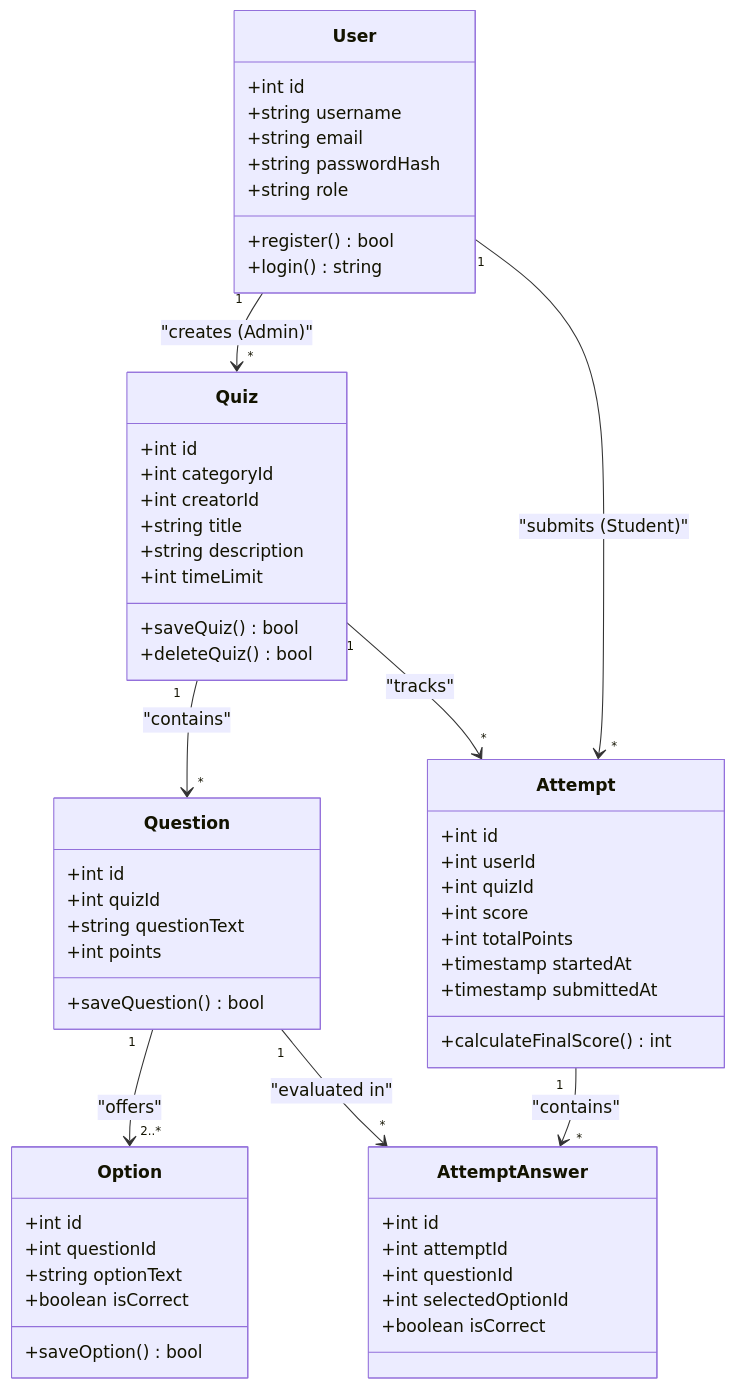
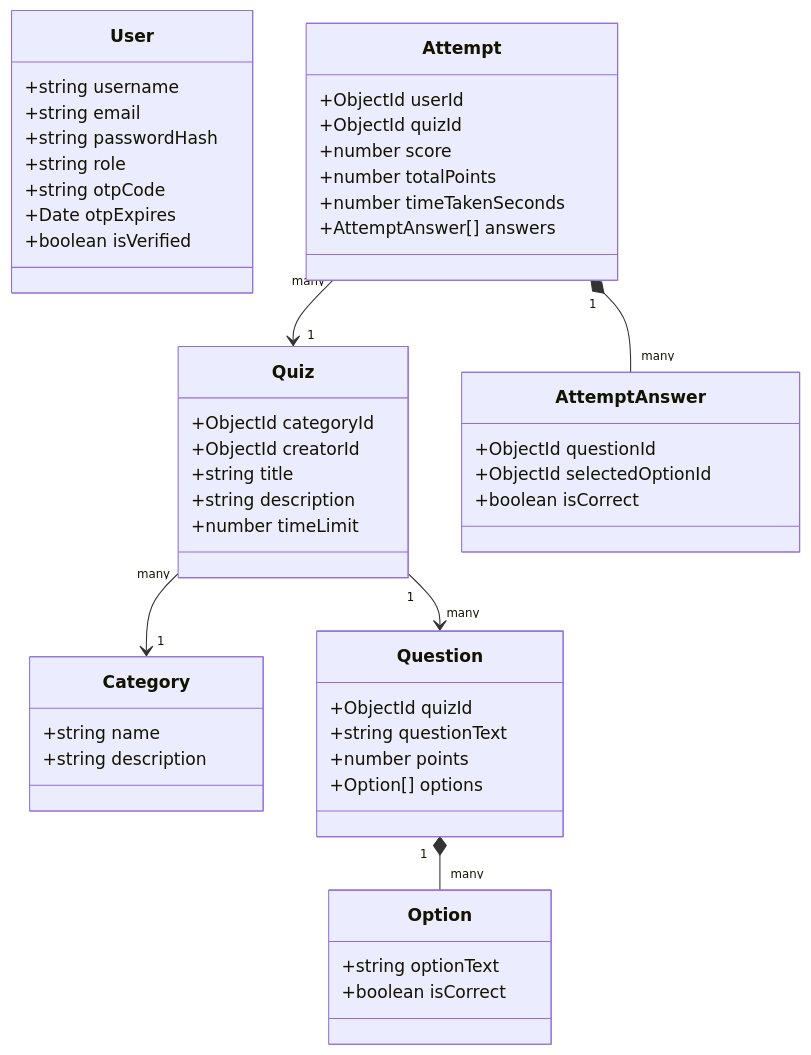
Before and after one commit to vidurapriyadarshana/SDGP_CW: the third of 5 diagrams in docs/assignment/individual_report.md, drawn with Mermaid. The commit also changed other lines of this file and 7 other files, not shown here.

````diff
--- a/docs/assignment/individual_report.md
+++ b/docs/assignment/individual_report.md
@@ -347,66 +303,52 @@
 ```mermaid
 classDiagram
     class User {
-        +int id
         +string username
         +string email
         +string passwordHash
         +string role
-        +register() bool
-        +login() string
+        +string otpCode
+        +Date otpExpires
+        +boolean isVerified
     }
-
+    class Category {
+        +string name
+        +string description
+    }
     class Quiz {
-        +int id
-        +int categoryId
-        +int creatorId
+        +ObjectId categoryId
+        +ObjectId creatorId
         +string title
         +string description
-        +int timeLimit
-        +saveQuiz() bool
-        +deleteQuiz() bool
+        +number timeLimit
     }
-
     class Question {
-        +int id
-        +int quizId
+        +ObjectId quizId
         +string questionText
-        +int points
-        +saveQuestion() bool
+        +number points
+        +Option[] options
     }
-
     class Option {
-        +int id
-        +int questionId
         +string optionText
         +boolean isCorrect
-        +saveOption() bool
     }
-
     class Attempt {
-        +int id
-        +int userId
-        +int quizId
-        +int score
-        +int totalPoints
-        +timestamp startedAt
-        +timestamp submittedAt
-        +calculateFinalScore() int
+        +ObjectId userId
+        +ObjectId quizId
+        +number score
+        +number totalPoints
+        +number timeTakenSeconds
+        +AttemptAnswer[] answers
     }
-
     class AttemptAnswer {
-        +int id
-        +int attemptId
-        +int questionId
-        +int selectedOptionId
+        +ObjectId questionId
+        +ObjectId selectedOptionId
         +boolean isCorrect
     }
 
-    User "1" --> "*" Quiz : "creates (Admin)"
-    User "1" --> "*" Attempt : "submits (Student)"
-    Quiz "1" --> "*" Question : "contains"
-    Quiz "1" --> "*" Attempt : "tracks"
-    Question "1" --> "2..*" Option : "offers"
-    Attempt "1" --> "*" AttemptAnswer : "contains"
-    Question "1" --> "*" AttemptAnswer : "evaluated in"
+    Quiz "1" --> "many" Question
+    Question "1" *-- "many" Option
+    Quiz "many" --> "1" Category
+    Attempt "many" --> "1" Quiz
+    Attempt "1" *-- "many" AttemptAnswer
 ```
````
